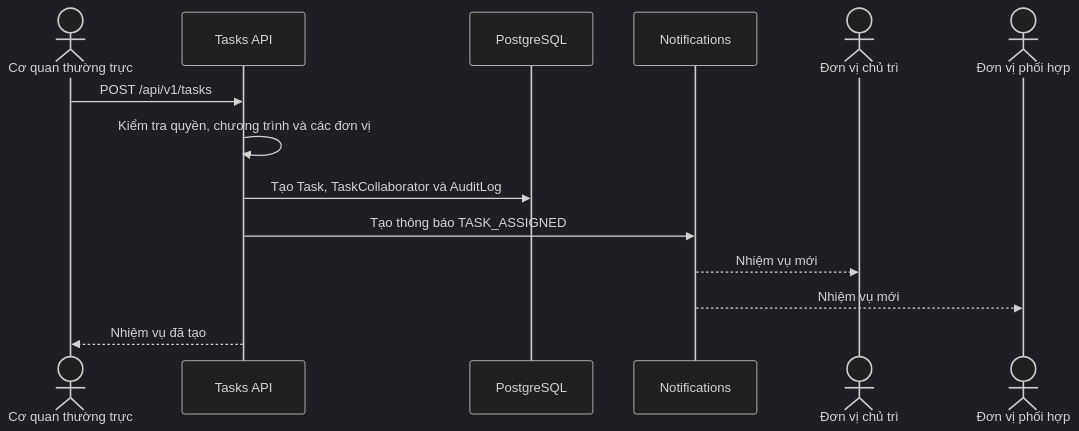
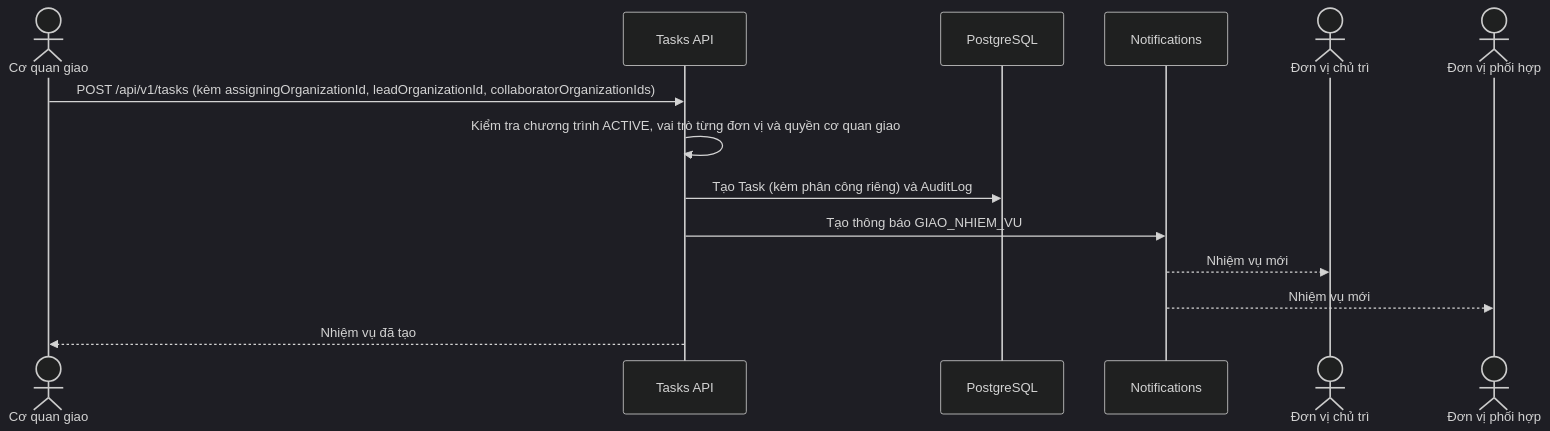
One commit to tuyennd99/cham-diem-ocop changed the first of 5 diagrams in docs/backend-architecture.md. Above: the diagram before and after it, drawn with Mermaid (dark theme). The commit also changed other lines of this file and 8 other files, not shown here.

First line of the commit message:
docs(be): architecture reflects per-task organization assignment

````diff
--- a/docs/backend-architecture.md
+++ b/docs/backend-architecture.md
@@ -58,17 +90,17 @@
 ```mermaid
 sequenceDiagram
-    actor TT as Cơ quan thường trực
+    actor CQG as Cơ quan giao
     participant API as Tasks API
     participant DB as PostgreSQL
     participant N as Notifications
     actor CT as Đơn vị chủ trì
     actor PH as Đơn vị phối hợp
 
-    TT->>API: POST /api/v1/tasks
-    API->>API: Kiểm tra quyền, chương trình và các đơn vị
-    API->>DB: Tạo Task, TaskCollaborator và AuditLog
-    API->>N: Tạo thông báo TASK_ASSIGNED
+    CQG->>API: POST /api/v1/tasks (kèm assigningOrganizationId, leadOrganizationId, collaboratorOrganizationIds)
+    API->>API: Kiểm tra chương trình ACTIVE, vai trò từng đơn vị và quyền cơ quan giao
+    API->>DB: Tạo Task (kèm phân công riêng) và AuditLog
+    API->>N: Tạo thông báo GIAO_NHIEM_VU
     N-->>CT: Nhiệm vụ mới
     N-->>PH: Nhiệm vụ mới
-    API-->>TT: Nhiệm vụ đã tạo
+    API-->>CQG: Nhiệm vụ đã tạo
 ```
````
